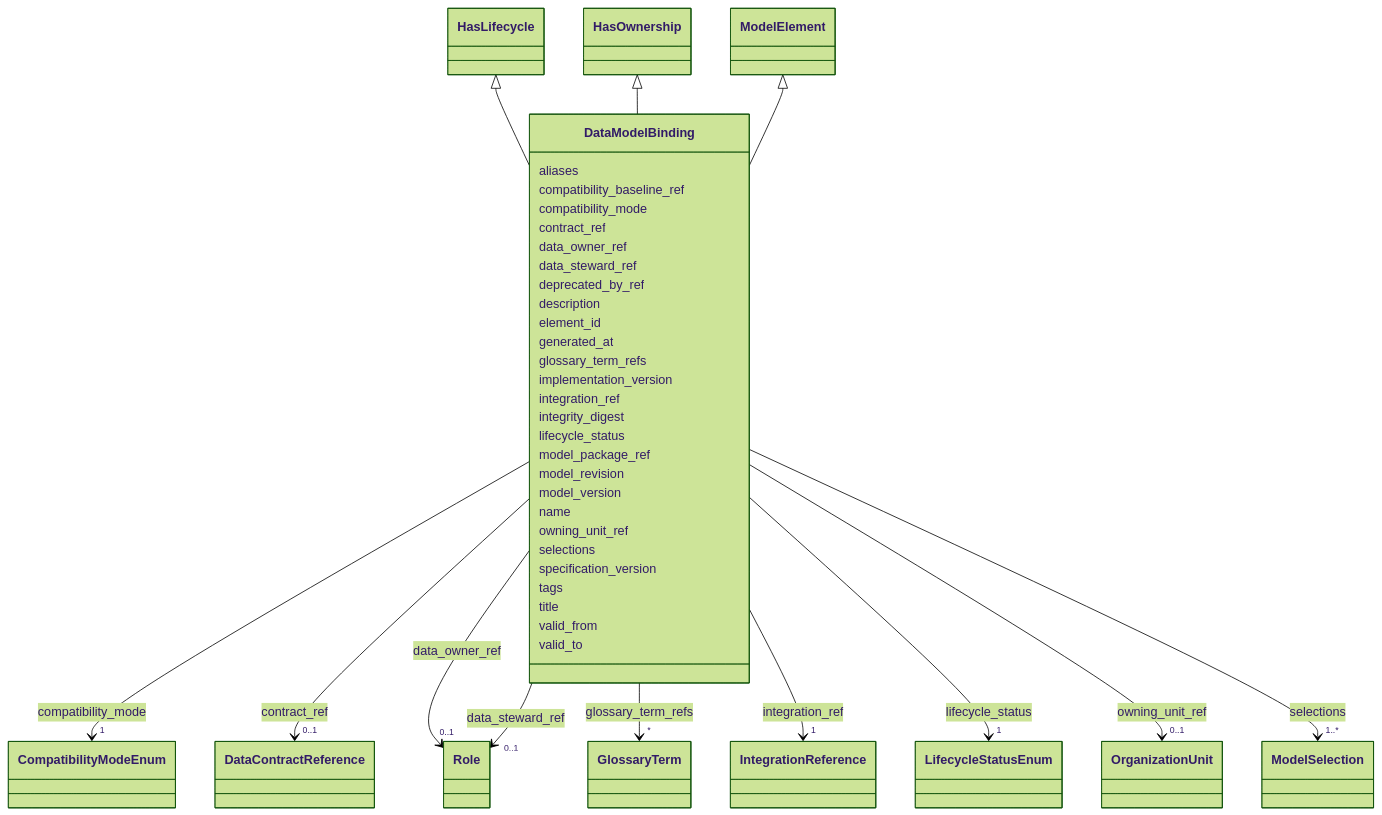
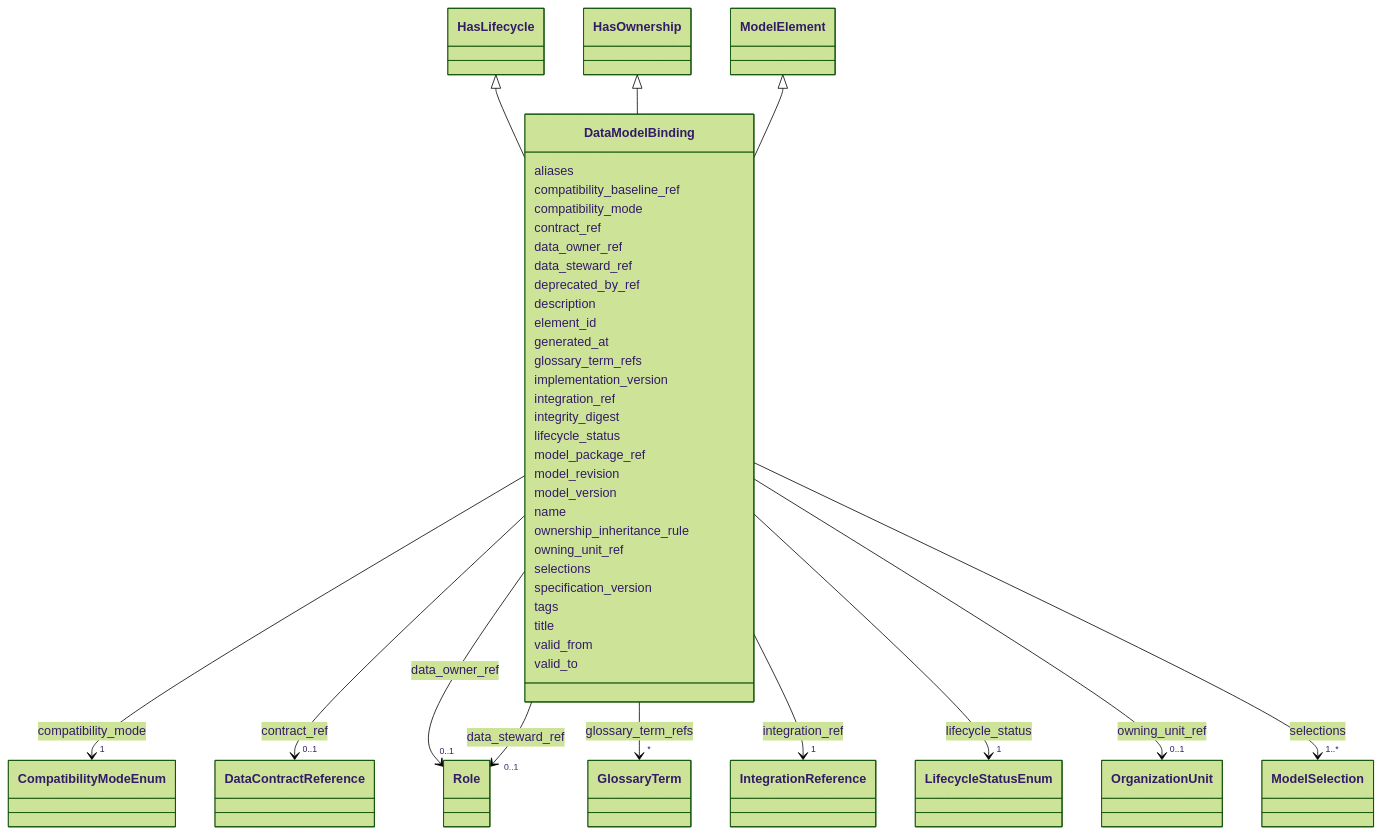
One commit to oista/moex-data-model changed the diagram in generated/artifacts/moex-dams/0.1/diagrams/DataModelBinding.md. Above: the diagram before and after it, drawn with Mermaid (forest theme). The commit also changed 68 other files, not shown here.

```diff
--- a/generated/artifacts/moex-dams/0.1/diagrams/DataModelBinding.md
+++ b/generated/artifacts/moex-dams/0.1/diagrams/DataModelBinding.md
@@ -113,6 +113,8 @@
         
       DataModelBinding : name
         
+      DataModelBinding : ownership_inheritance_rule
+        
       DataModelBinding : owning_unit_ref
         
           
```
